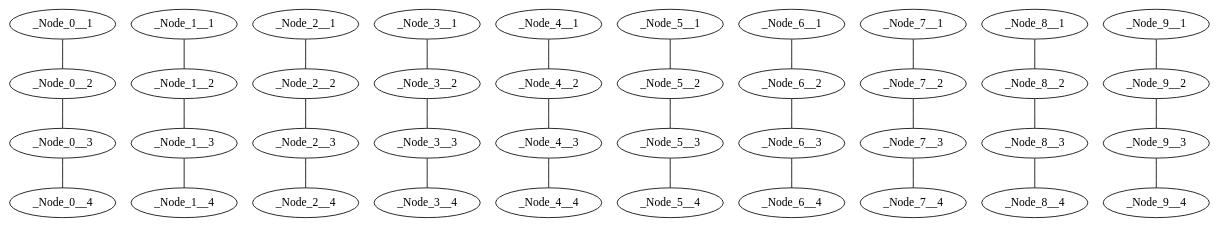
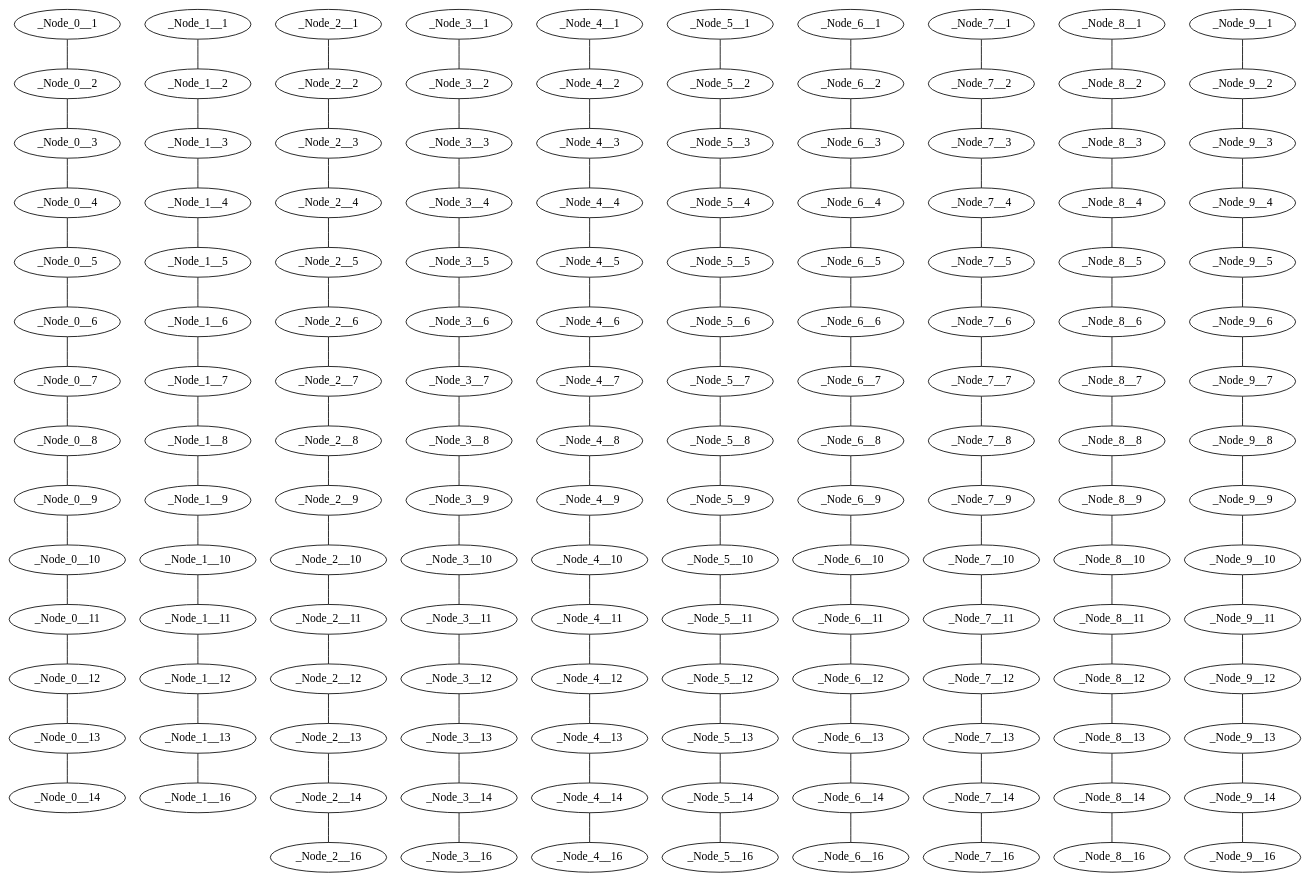
The diagram in doctest-output/longest-chain-table.gv (redkirti/P2P-Cryptocurrency-Network-Simulator), drawn with Graphviz before and after one commit. The commit also changed 10 other files, not shown here.

```diff
--- a/doctest-output/longest-chain-table.gv
+++ b/doctest-output/longest-chain-table.gv
@@ -7,6 +7,26 @@
 	_Node_0__2 -- _Node_0__3
 	_Node_0__4
 	_Node_0__3 -- _Node_0__4
+	_Node_0__5
+	_Node_0__4 -- _Node_0__5
+	_Node_0__6
+	_Node_0__5 -- _Node_0__6
+	_Node_0__7
+	_Node_0__6 -- _Node_0__7
+	_Node_0__8
+	_Node_0__7 -- _Node_0__8
+	_Node_0__9
+	_Node_0__8 -- _Node_0__9
+	_Node_0__10
+	_Node_0__9 -- _Node_0__10
+	_Node_0__11
+	_Node_0__10 -- _Node_0__11
+	_Node_0__12
+	_Node_0__11 -- _Node_0__12
+	_Node_0__13
+	_Node_0__12 -- _Node_0__13
+	_Node_0__14
+	_Node_0__13 -- _Node_0__14
 	_Node_1__1
 	_Node_1__2
 	_Node_1__1 -- _Node_1__2
@@ -14,6 +34,26 @@
 	_Node_1__2 -- _Node_1__3
 	_Node_1__4
 	_Node_1__3 -- _Node_1__4
+	_Node_1__5
+	_Node_1__4 -- _Node_1__5
+	_Node_1__6
+	_Node_1__5 -- _Node_1__6
+	_Node_1__7
+	_Node_1__6 -- _Node_1__7
+	_Node_1__8
+	_Node_1__7 -- _Node_1__8
+	_Node_1__9
+	_Node_1__8 -- _Node_1__9
+	_Node_1__10
+	_Node_1__9 -- _Node_1__10
+	_Node_1__11
+	_Node_1__10 -- _Node_1__11
+	_Node_1__12
+	_Node_1__11 -- _Node_1__12
+	_Node_1__13
+	_Node_1__12 -- _Node_1__13
+	_Node_1__16
+	_Node_1__13 -- _Node_1__16
 	_Node_2__1
 	_Node_2__2
 	_Node_2__1 -- _Node_2__2
@@ -21,6 +61,28 @@
 	_Node_2__2 -- _Node_2__3
 	_Node_2__4
 	_Node_2__3 -- _Node_2__4
+	_Node_2__5
+	_Node_2__4 -- _Node_2__5
+	_Node_2__6
+	_Node_2__5 -- _Node_2__6
+	_Node_2__7
+	_Node_2__6 -- _Node_2__7
+	_Node_2__8
+	_Node_2__7 -- _Node_2__8
+	_Node_2__9
+	_Node_2__8 -- _Node_2__9
+	_Node_2__10
+	_Node_2__9 -- _Node_2__10
+	_Node_2__11
+	_Node_2__10 -- _Node_2__11
+	_Node_2__12
+	_Node_2__11 -- _Node_2__12
+	_Node_2__13
+	_Node_2__12 -- _Node_2__13
+	_Node_2__14
+	_Node_2__13 -- _Node_2__14
+	_Node_2__16
+	_Node_2__14 -- _Node_2__16
 	_Node_3__1
 	_Node_3__2
 	_Node_3__1 -- _Node_3__2
@@ -28,6 +90,28 @@
 	_Node_3__2 -- _Node_3__3
 	_Node_3__4
 	_Node_3__3 -- _Node_3__4
+	_Node_3__5
+	_Node_3__4 -- _Node_3__5
+	_Node_3__6
+	_Node_3__5 -- _Node_3__6
+	_Node_3__7
+	_Node_3__6 -- _Node_3__7
+	_Node_3__8
+	_Node_3__7 -- _Node_3__8
+	_Node_3__9
+	_Node_3__8 -- _Node_3__9
+	_Node_3__10
+	_Node_3__9 -- _Node_3__10
+	_Node_3__11
+	_Node_3__10 -- _Node_3__11
+	_Node_3__12
+	_Node_3__11 -- _Node_3__12
+	_Node_3__13
+	_Node_3__12 -- _Node_3__13
+	_Node_3__14
+	_Node_3__13 -- _Node_3__14
+	_Node_3__16
+	_Node_3__14 -- _Node_3__16
 	_Node_4__1
 	_Node_4__2
 	_Node_4__1 -- _Node_4__2
@@ -35,6 +119,28 @@
 	_Node_4__2 -- _Node_4__3
 	_Node_4__4
 	_Node_4__3 -- _Node_4__4
+	_Node_4__5
+	_Node_4__4 -- _Node_4__5
+	_Node_4__6
+	_Node_4__5 -- _Node_4__6
+	_Node_4__7
+	_Node_4__6 -- _Node_4__7
+	_Node_4__8
+	_Node_4__7 -- _Node_4__8
+	_Node_4__9
+	_Node_4__8 -- _Node_4__9
+	_Node_4__10
+	_Node_4__9 -- _Node_4__10
+	_Node_4__11
+	_Node_4__10 -- _Node_4__11
+	_Node_4__12
+	_Node_4__11 -- _Node_4__12
+	_Node_4__13
+	_Node_4__12 -- _Node_4__13
+	_Node_4__14
+	_Node_4__13 -- _Node_4__14
+	_Node_4__16
+	_Node_4__14 -- _Node_4__16
 	_Node_5__1
 	_Node_5__2
 	_Node_5__1 -- _Node_5__2
@@ -42,6 +148,28 @@
 	_Node_5__2 -- _Node_5__3
 	_Node_5__4
 	_Node_5__3 -- _Node_5__4
+	_Node_5__5
+	_Node_5__4 -- _Node_5__5
+	_Node_5__6
+	_Node_5__5 -- _Node_5__6
+	_Node_5__7
+	_Node_5__6 -- _Node_5__7
+	_Node_5__8
+	_Node_5__7 -- _Node_5__8
+	_Node_5__9
+	_Node_5__8 -- _Node_5__9
+	_Node_5__10
+	_Node_5__9 -- _Node_5__10
+	_Node_5__11
+	_Node_5__10 -- _Node_5__11
+	_Node_5__12
+	_Node_5__11 -- _Node_5__12
+	_Node_5__13
+	_Node_5__12 -- _Node_5__13
+	_Node_5__14
+	_Node_5__13 -- _Node_5__14
+	_Node_5__16
+	_Node_5__14 -- _Node_5__16
 	_Node_6__1
 	_Node_6__2
 	_Node_6__1 -- _Node_6__2
@@ -49,6 +177,28 @@
 	_Node_6__2 -- _Node_6__3
 	_Node_6__4
 	_Node_6__3 -- _Node_6__4
+	_Node_6__5
+	_Node_6__4 -- _Node_6__5
+	_Node_6__6
+	_Node_6__5 -- _Node_6__6
+	_Node_6__7
+	_Node_6__6 -- _Node_6__7
+	_Node_6__8
+	_Node_6__7 -- _Node_6__8
+	_Node_6__9
+	_Node_6__8 -- _Node_6__9
+	_Node_6__10
+	_Node_6__9 -- _Node_6__10
+	_Node_6__11
+	_Node_6__10 -- _Node_6__11
+	_Node_6__12
+	_Node_6__11 -- _Node_6__12
+	_Node_6__13
+	_Node_6__12 -- _Node_6__13
+	_Node_6__14
+	_Node_6__13 -- _Node_6__14
+	_Node_6__16
+	_Node_6__14 -- _Node_6__16
 	_Node_7__1
 	_Node_7__2
 	_Node_7__1 -- _Node_7__2
@@ -56,6 +206,28 @@
 	_Node_7__2 -- _Node_7__3
 	_Node_7__4
 	_Node_7__3 -- _Node_7__4
+	_Node_7__5
+	_Node_7__4 -- _Node_7__5
+	_Node_7__6
+	_Node_7__5 -- _Node_7__6
+	_Node_7__7
+	_Node_7__6 -- _Node_7__7
+	_Node_7__8
+	_Node_7__7 -- _Node_7__8
+	_Node_7__9
+	_Node_7__8 -- _Node_7__9
+	_Node_7__10
+	_Node_7__9 -- _Node_7__10
+	_Node_7__11
+	_Node_7__10 -- _Node_7__11
+	_Node_7__12
+	_Node_7__11 -- _Node_7__12
+	_Node_7__13
+	_Node_7__12 -- _Node_7__13
+	_Node_7__14
+	_Node_7__13 -- _Node_7__14
+	_Node_7__16
+	_Node_7__14 -- _Node_7__16
 	_Node_8__1
 	_Node_8__2
 	_Node_8__1 -- _Node_8__2
@@ -63,6 +235,28 @@
 	_Node_8__2 -- _Node_8__3
 	_Node_8__4
 	_Node_8__3 -- _Node_8__4
+	_Node_8__5
+	_Node_8__4 -- _Node_8__5
+	_Node_8__6
+	_Node_8__5 -- _Node_8__6
+	_Node_8__7
+	_Node_8__6 -- _Node_8__7
+	_Node_8__8
+	_Node_8__7 -- _Node_8__8
+	_Node_8__9
+	_Node_8__8 -- _Node_8__9
+	_Node_8__10
+	_Node_8__9 -- _Node_8__10
+	_Node_8__11
+	_Node_8__10 -- _Node_8__11
+	_Node_8__12
+	_Node_8__11 -- _Node_8__12
+	_Node_8__13
+	_Node_8__12 -- _Node_8__13
+	_Node_8__14
+	_Node_8__13 -- _Node_8__14
+	_Node_8__16
+	_Node_8__14 -- _Node_8__16
 	_Node_9__1
 	_Node_9__2
 	_Node_9__1 -- _Node_9__2
@@ -70,4 +264,26 @@
 	_Node_9__2 -- _Node_9__3
 	_Node_9__4
 	_Node_9__3 -- _Node_9__4
+	_Node_9__5
+	_Node_9__4 -- _Node_9__5
+	_Node_9__6
+	_Node_9__5 -- _Node_9__6
+	_Node_9__7
+	_Node_9__6 -- _Node_9__7
+	_Node_9__8
+	_Node_9__7 -- _Node_9__8
+	_Node_9__9
+	_Node_9__8 -- _Node_9__9
+	_Node_9__10
+	_Node_9__9 -- _Node_9__10
+	_Node_9__11
+	_Node_9__10 -- _Node_9__11
+	_Node_9__12
+	_Node_9__11 -- _Node_9__12
+	_Node_9__13
+	_Node_9__12 -- _Node_9__13
+	_Node_9__14
+	_Node_9__13 -- _Node_9__14
+	_Node_9__16
+	_Node_9__14 -- _Node_9__16
 }
```
